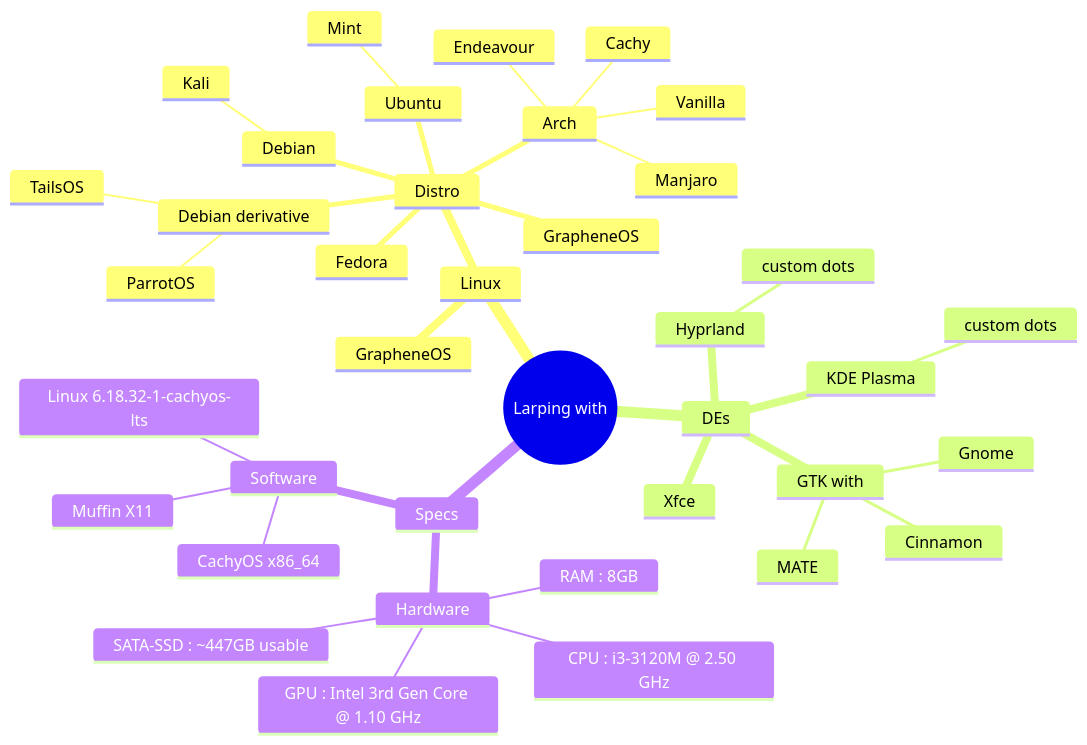
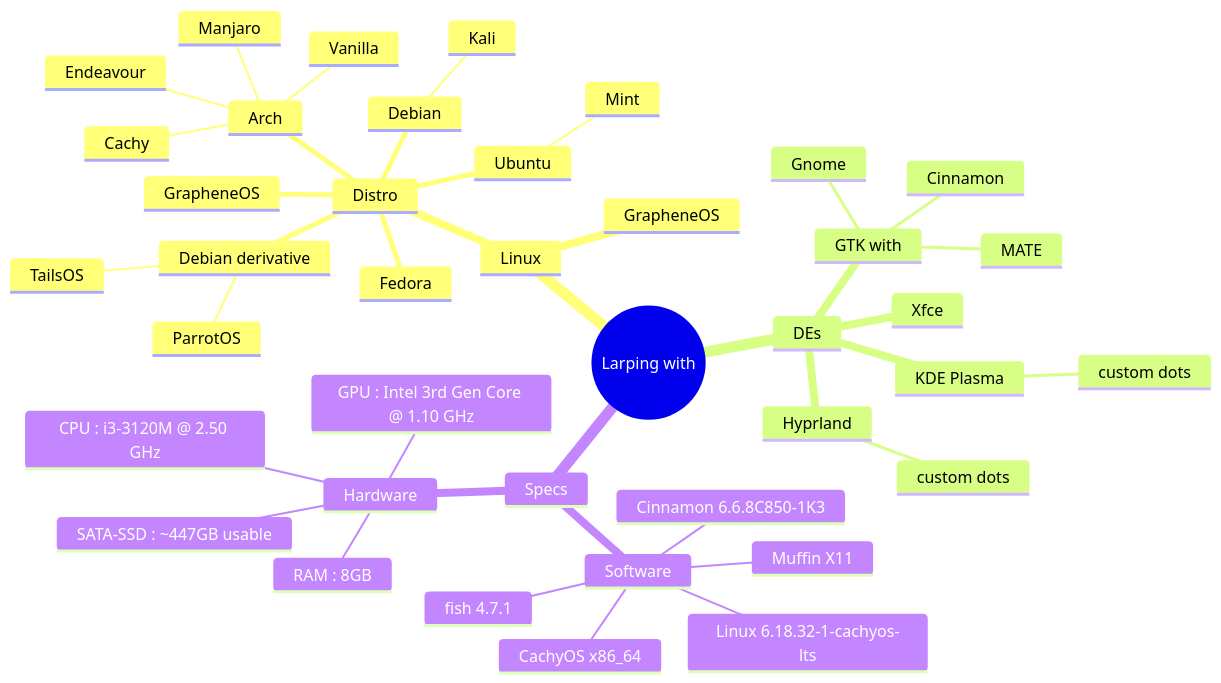
The diagram in README.md (Chintanpatel24/Chintanpatel24), drawn with Mermaid before and after one commit.

````diff
--- a/README.md
+++ b/README.md
@@ -4,43 +4,44 @@
 ```mermaid
 mindmap
  root((Larping with))
   Linux
    GrapheneOS
    Distro
     GrapheneOS
     Arch
       Endeavour
       Vanilla
       Cachy
       Manjaro
     Debian
       Kali
     Ubuntu
       Mint
     Fedora
     Debian derivative
       ParrotOS
       TailsOS
   DEs
       Xfce
       KDE Plasma
        custom dots
       Hyprland
         custom dots
       GTK with
        Cinnamon
        Gnome
        MATE
   Specs
     Hardware     
       GPU : Intel 3rd Gen Core @ 1.10 GHz
       CPU : i3-3120M @ 2.50 GHz
       RAM : 8GB
       SATA-SSD : ~447GB usable 
     Software
       CachyOS x86_64
       Muffin X11
-      
+      Cinnamon 6.6.8C850-1K3
+      fish 4.7.1
       Linux 6.18.32-1-cachyos-lts
       
 ```
````
